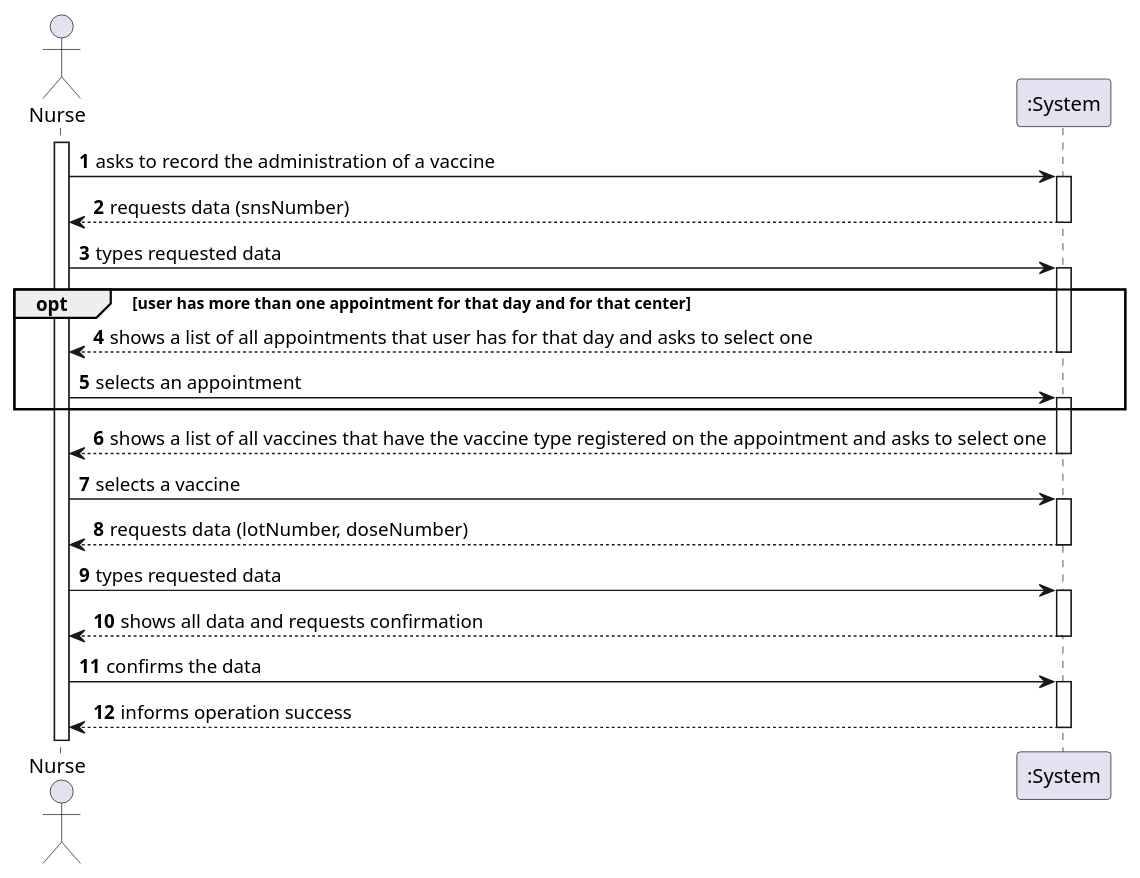
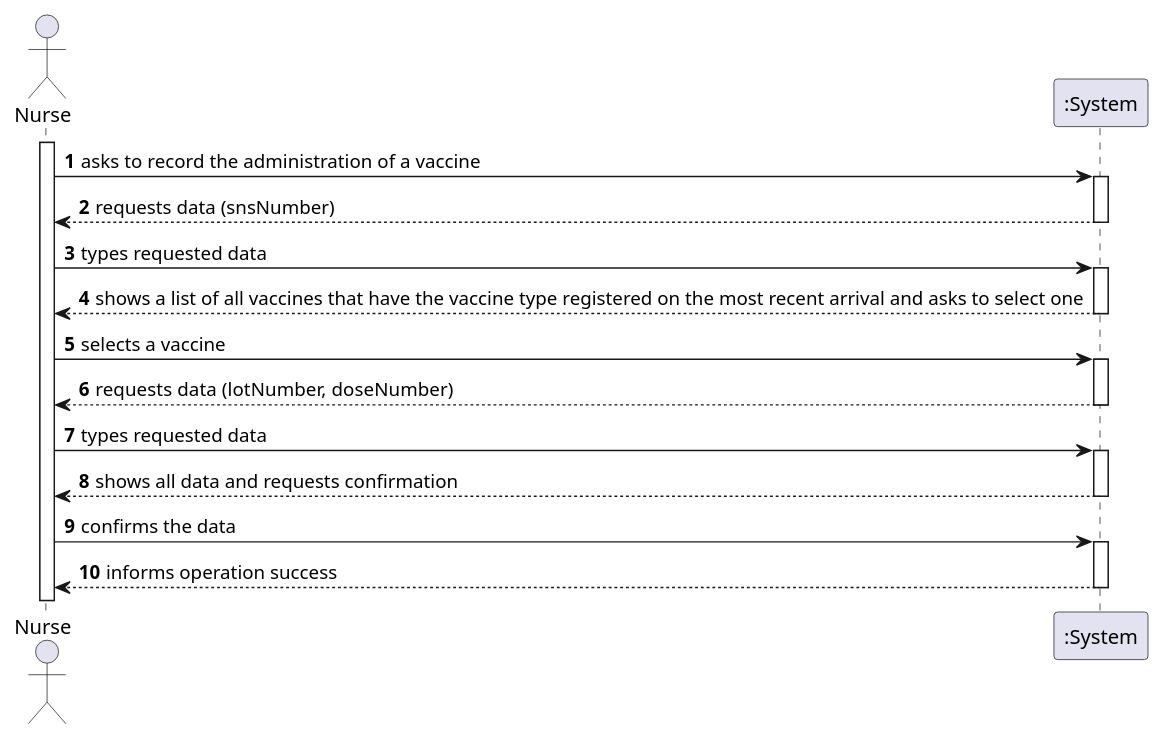
The diagram in docs/SprintD/US08/SSD/US08_SSD.puml (miseEnPlace-i/lapr2), drawn with PlantUML before and after one commit.

Commit message:
docs(us08): uodated ssd

```diff
--- a/docs/SprintD/US08/SSD/US08_SSD.puml
+++ b/docs/SprintD/US08/SSD/US08_SSD.puml
@@ -1,39 +1,32 @@
 @startuml US08_SSD
 autonumber
 actor "Nurse" as nurse
 
 activate nurse
 
 nurse -> ":System" : asks to record the administration of a vaccine
 activate ":System"
   ":System" --> nurse : requests data (snsNumber)
 deactivate ":System"
 
 nurse -> ":System" : types requested data
-opt user has more than one appointment for that day and for that center
-  activate ":System"
-    ":System" --> nurse : shows a list of all appointments that user has for that day and asks to select one
-  deactivate ":System"
-
-  nurse -> ":System" : selects an appointment
-  activate ":System"
-end
-  ":System" --> nurse : shows a list of all vaccines that have the vaccine type registered on the appointment and asks to select one
+activate ":System"
+  ":System" --> nurse : shows a list of all vaccines that have the vaccine type registered on the most recent arrival and asks to select one
 deactivate ":System"
 
 nurse -> ":System" : selects a vaccine
 activate ":System"
   ":System" --> nurse : requests data (lotNumber, doseNumber)
 deactivate ":System"
 
 nurse -> ":System" : types requested data
 activate ":System"
   ":System" --> nurse : shows all data and requests confirmation
 deactivate ":System"
 
 nurse -> ":System" : confirms the data
 activate ":System"
   ":System" --> nurse : informs operation success
 deactivate ":System"
 
 @enduml
```
